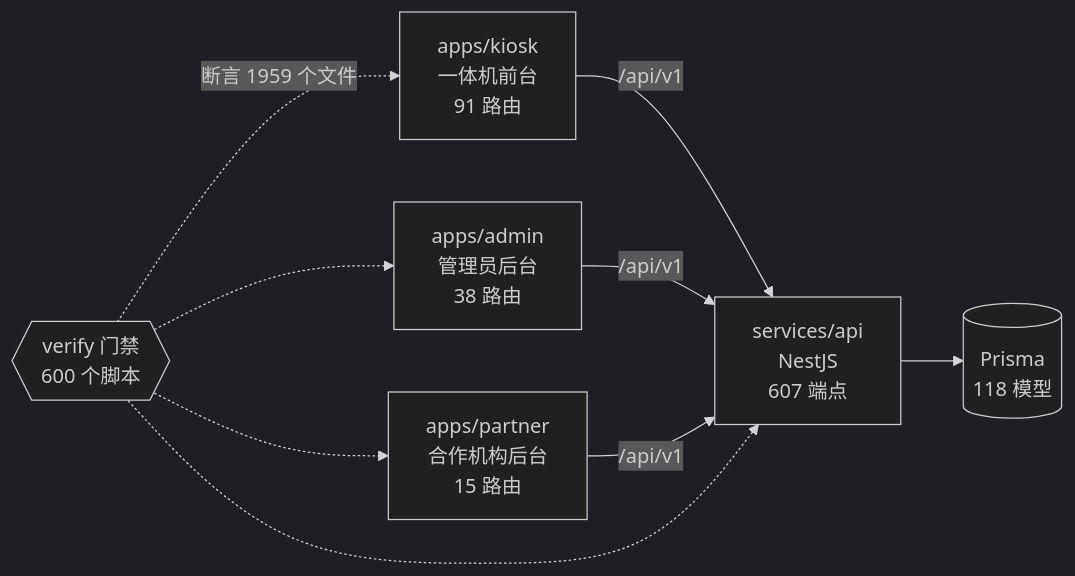
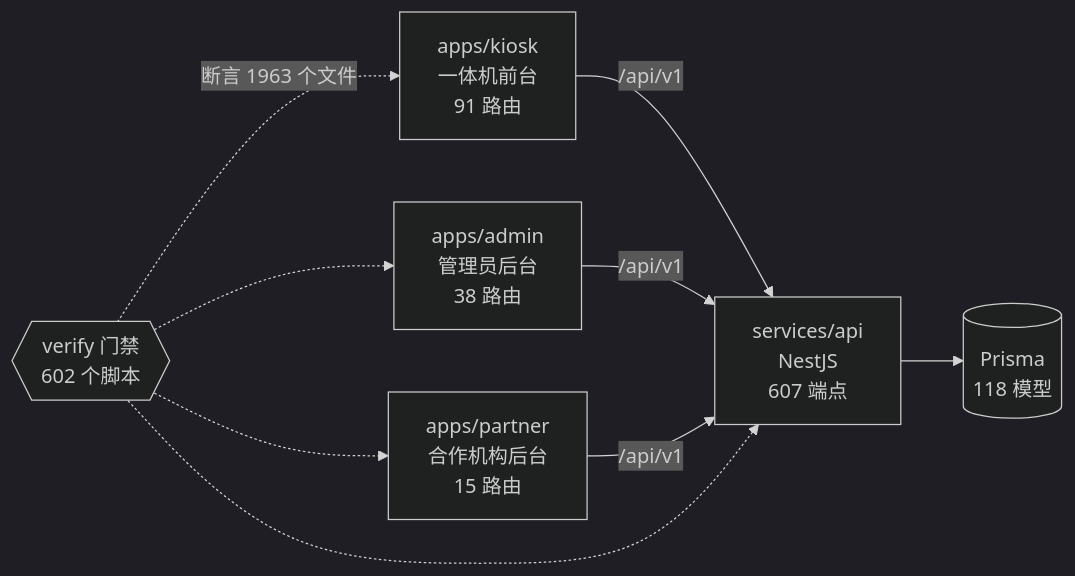
Before and after one commit to wanglei581/YITIJI: the diagram in docs/graph/README.md, drawn with Mermaid (dark theme). The commit also changed other lines of this file and 7 other files, not shown here.

````diff
--- a/docs/graph/README.md
+++ b/docs/graph/README.md
@@ -68,18 +68,18 @@
 ```mermaid
 flowchart LR
   kiosk["apps/kiosk<br/>一体机前台<br/>91 路由"]
   admin["apps/admin<br/>管理员后台<br/>38 路由"]
   partner["apps/partner<br/>合作机构后台<br/>15 路由"]
   api["services/api<br/>NestJS<br/>607 端点"]
   db[("Prisma<br/>118 模型")]
-  gates{{"verify 门禁<br/>600 个脚本"}}
+  gates{{"verify 门禁<br/>602 个脚本"}}
 
   kiosk -->|"/api/v1"| api
   admin -->|"/api/v1"| api
   partner -->|"/api/v1"| api
   api --> db
-  gates -.->|"断言 1959 个文件"| kiosk
+  gates -.->|"断言 1963 个文件"| kiosk
   gates -.-> admin
   gates -.-> partner
   gates -.-> api
 ```
````
